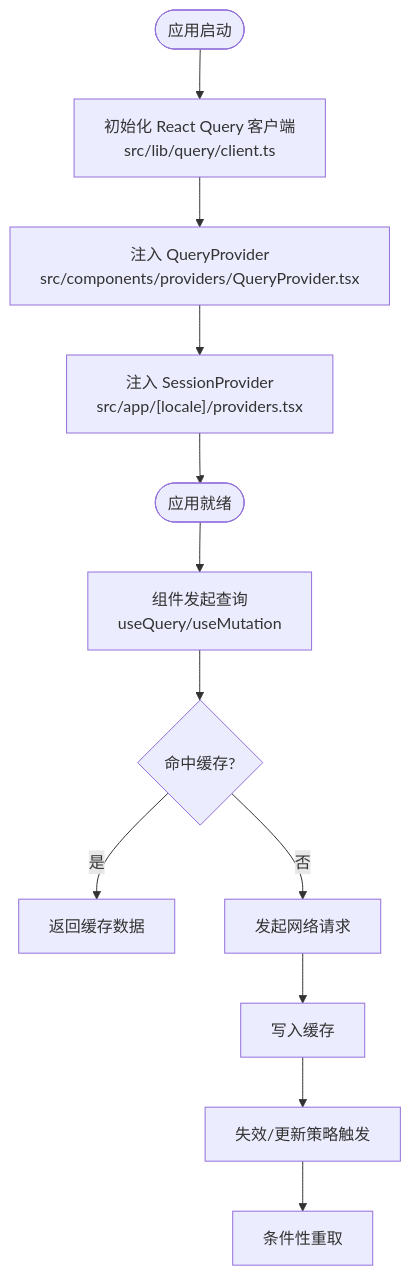
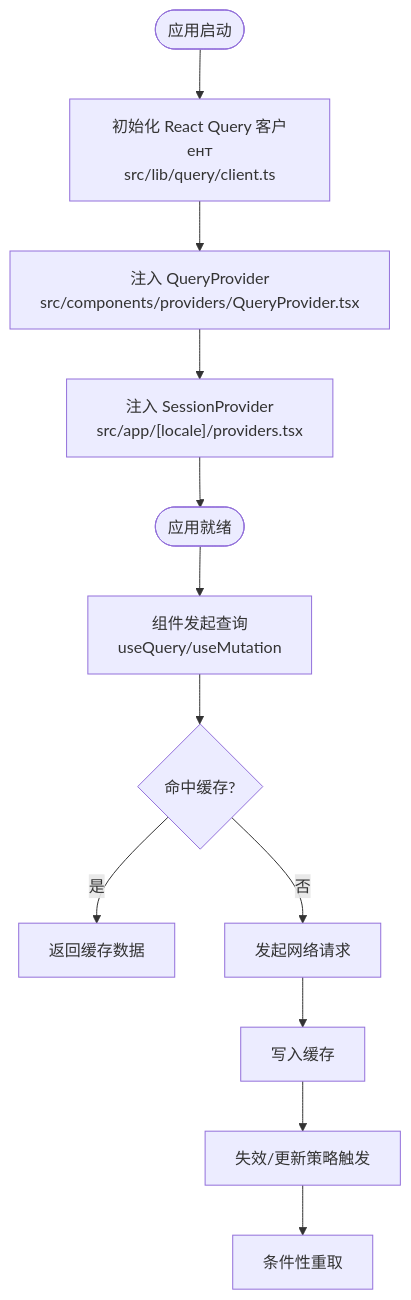
Before and after one commit to lyl2021/waoowaoo: the fourth of 11 diagrams in .qoder/repowiki/zh/content/前端组件架构/前端组件架构.md, drawn with Mermaid. The commit also changed other lines of this file and 25 other files, not shown here.

First line of the commit message:
fix: 图片生成最高质量 4K 支持与 LLM 视觉调用网络修复

````diff
--- a/.qoder/repowiki/zh/content/前端组件架构/前端组件架构.md
+++ b/.qoder/repowiki/zh/content/前端组件架构/前端组件架构.md
@@ -226,14 +229,14 @@
 ```mermaid
 flowchart TD
-Start(["应用启动"]) --> Init["初始化 React Query 客户端<br/>src/lib/query/client.ts"]
+Start(["应用启动"]) --> Init["初始化 React Query 客户ент<br/>src/lib/query/client.ts"]
 Init --> Provider["注入 QueryProvider<br/>src/components/providers/QueryProvider.tsx"]
 Provider --> Session["注入 SessionProvider<br/>src/app/[locale]/providers.tsx"]
 Session --> Ready(["应用就绪"])
 Ready --> Fetch["组件发起查询<br/>useQuery/useMutation"]
 Fetch --> Cache{"命中缓存?"}
 Cache --> |是| Return["返回缓存数据"]
 Cache --> |否| Request["发起网络请求"]
 Request --> Store["写入缓存"]
 Store --> Invalidate["失效/更新策略触发"]
 Invalidate --> Refetch["条件性重取"]
 ```
````
